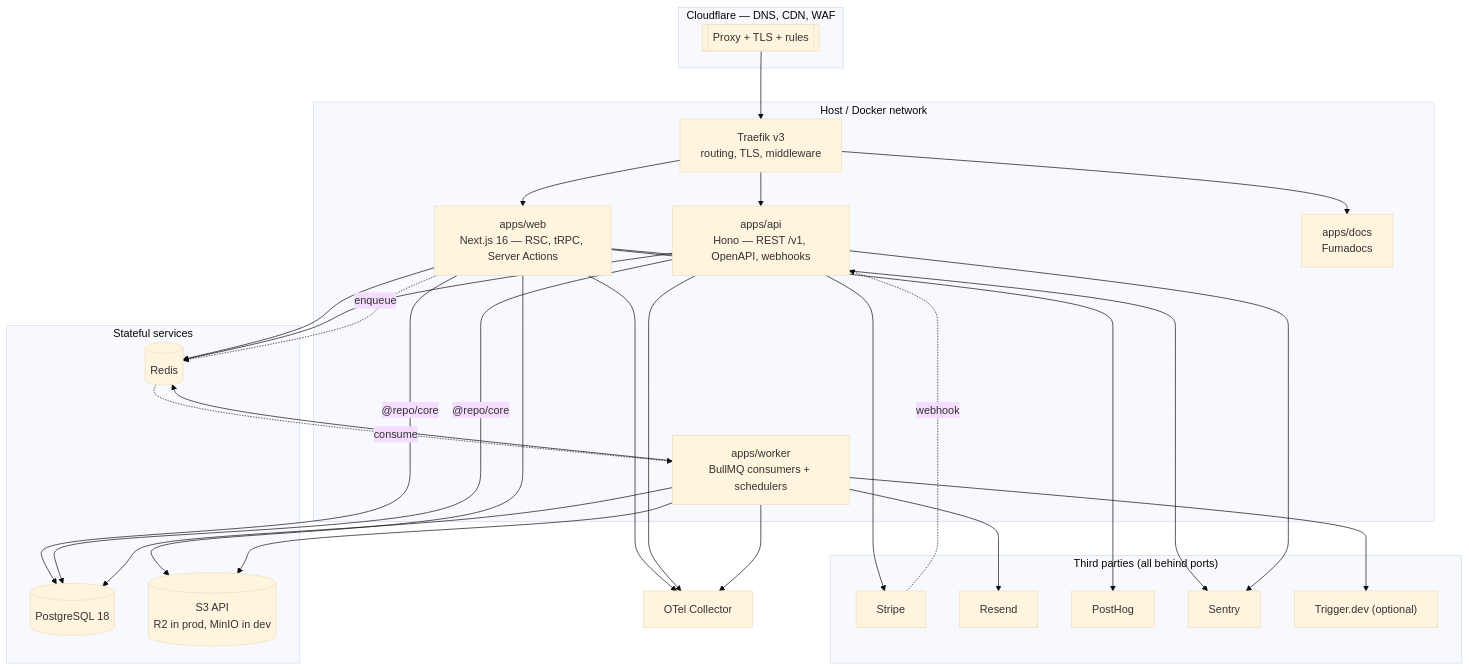
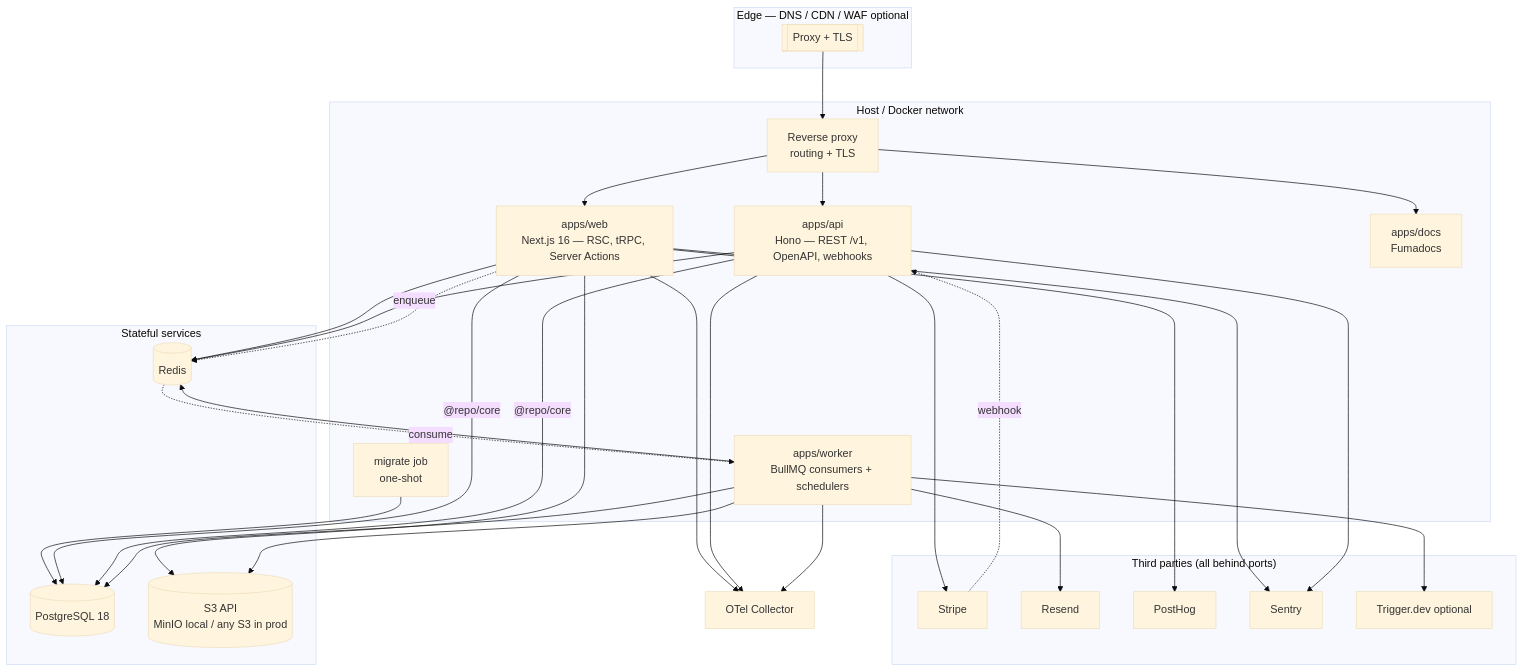
The diagram in docs/architecture/README.md (jleveneur/nextjs-boilerplate), drawn with Mermaid (base theme) before and after one commit. The commit also changed other lines of this file and 24 other files, not shown here.

````diff
--- a/docs/architecture/README.md
+++ b/docs/architecture/README.md
@@ -235,58 +233,60 @@
 ```mermaid
 flowchart TB
-    subgraph edge["Cloudflare — DNS, CDN, WAF"]
-        CF[["Proxy + TLS + rules"]]
+    subgraph edge["Edge — DNS / CDN / WAF optional"]
+        CF[["Proxy + TLS"]]
     end
 
     subgraph host["Host / Docker network"]
-        TR["Traefik v3<br/>routing, TLS, middleware"]
+        TR["Reverse proxy<br/>routing + TLS"]
         WEB["apps/web<br/>Next.js 16 — RSC, tRPC, Server Actions"]
         API["apps/api<br/>Hono — REST /v1, OpenAPI, webhooks"]
         WORKER["apps/worker<br/>BullMQ consumers + schedulers"]
         DOCS["apps/docs<br/>Fumadocs"]
+        MIG["migrate job<br/>one-shot"]
     end
 
     subgraph data["Stateful services"]
         PG[("PostgreSQL 18")]
         RD[("Redis")]
-        S3[("S3 API<br/>R2 in prod, MinIO in dev")]
+        S3[("S3 API<br/>MinIO local / any S3 in prod")]
     end
 
     subgraph ext["Third parties (all behind ports)"]
         STR["Stripe"]
         RES["Resend"]
         PH["PostHog"]
         SEN["Sentry"]
-        TRG["Trigger.dev (optional)"]
+        TRG["Trigger.dev optional"]
     end
 
     CF --> TR
     TR --> WEB
     TR --> API
     TR --> DOCS
+    MIG --> PG
 
     WEB -->|"@repo/core"| PG
     API -->|"@repo/core"| PG
     WORKER --> PG
     WEB --> RD
     API --> RD
     WORKER --> RD
     WEB --> S3
     WORKER --> S3
 
     WEB -.->|enqueue| RD
     RD -.->|consume| WORKER
 
     API --> STR
     STR -.->|webhook| API
     WORKER --> RES
     WEB --> PH
     WEB --> SEN
     API --> SEN
     WORKER --> TRG
 
     OTEL["OTel Collector"]
     WEB --> OTEL
     API --> OTEL
     WORKER --> OTEL
 ```
````
